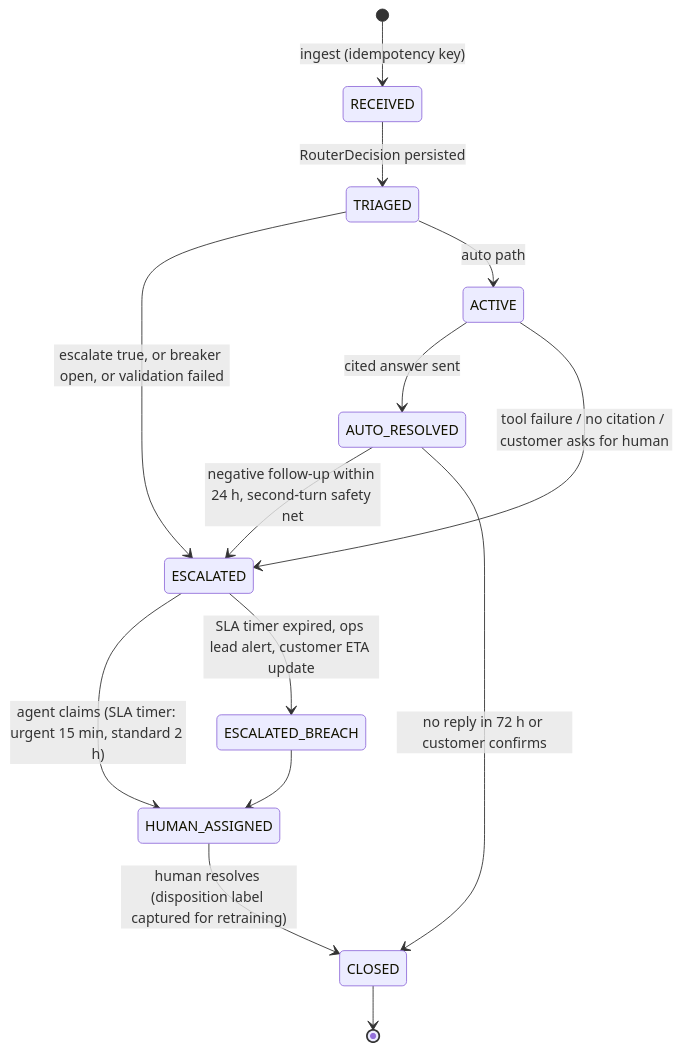
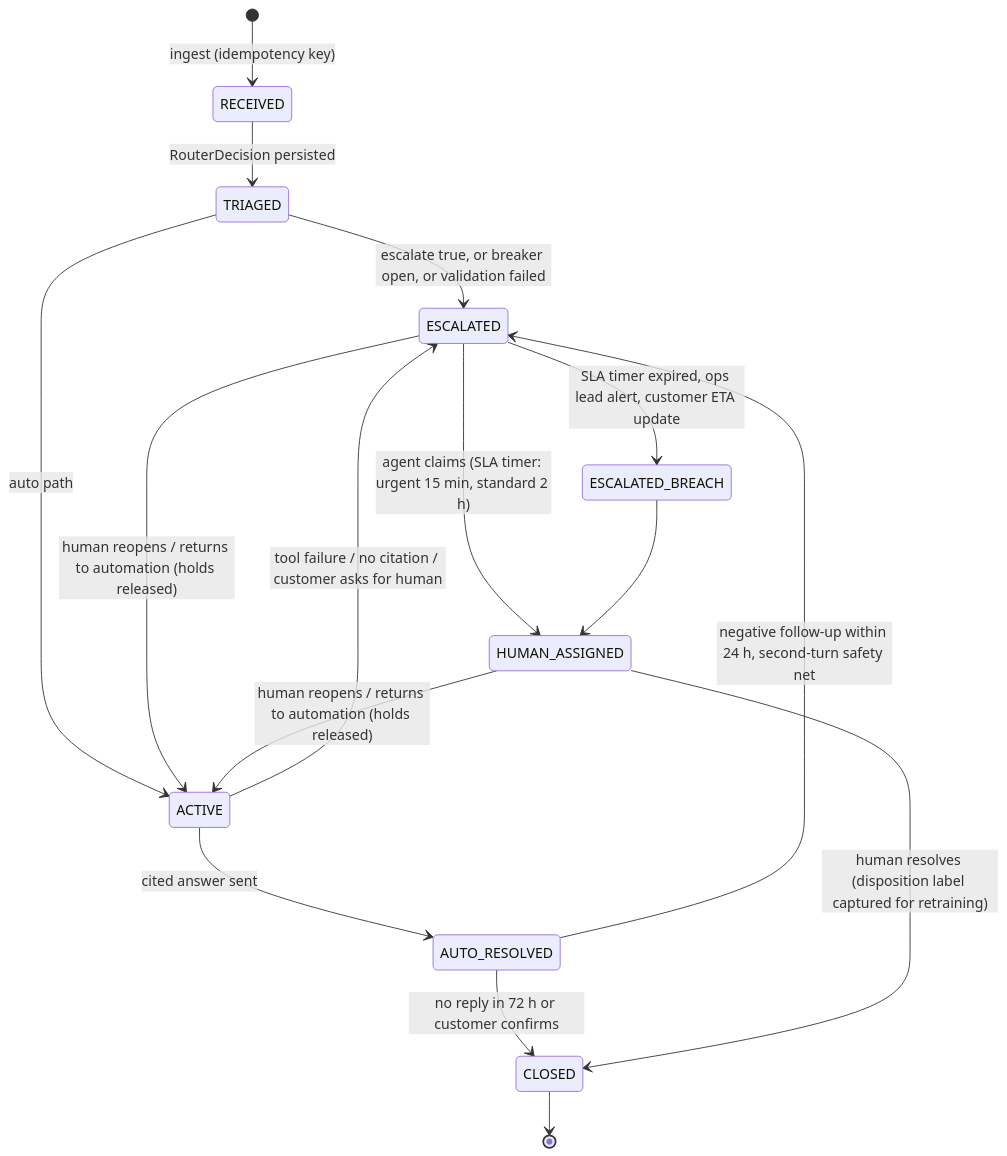
The sixth of 8 diagrams in docs/TDD_DETAILED.md (susmith-rb/support-ticket-router-capstone), drawn with Mermaid before and after one commit. The commit also changed other lines of this file and 54 other files, not shown here.

````diff
--- a/docs/TDD_DETAILED.md
+++ b/docs/TDD_DETAILED.md
@@ -382,16 +378,18 @@
 ```mermaid
 stateDiagram-v2
   [*] --> RECEIVED: ingest (idempotency key)
   RECEIVED --> TRIAGED: RouterDecision persisted
   TRIAGED --> ESCALATED: escalate true, or breaker open, or validation failed
   TRIAGED --> ACTIVE: auto path
   ACTIVE --> AUTO_RESOLVED: cited answer sent
   ACTIVE --> ESCALATED: tool failure / no citation / customer asks for human
   AUTO_RESOLVED --> ESCALATED: negative follow-up within 24 h, second-turn safety net
   AUTO_RESOLVED --> CLOSED: no reply in 72 h or customer confirms
   ESCALATED --> HUMAN_ASSIGNED: agent claims (SLA timer: urgent 15 min, standard 2 h)
   ESCALATED --> ESCALATED_BREACH: SLA timer expired, ops lead alert, customer ETA update
   ESCALATED_BREACH --> HUMAN_ASSIGNED
+  ESCALATED --> ACTIVE: human reopens / returns to automation (holds released)
+  HUMAN_ASSIGNED --> ACTIVE: human reopens / returns to automation (holds released)
   HUMAN_ASSIGNED --> CLOSED: human resolves (disposition label captured for retraining)
   CLOSED --> [*]
 ```
````
